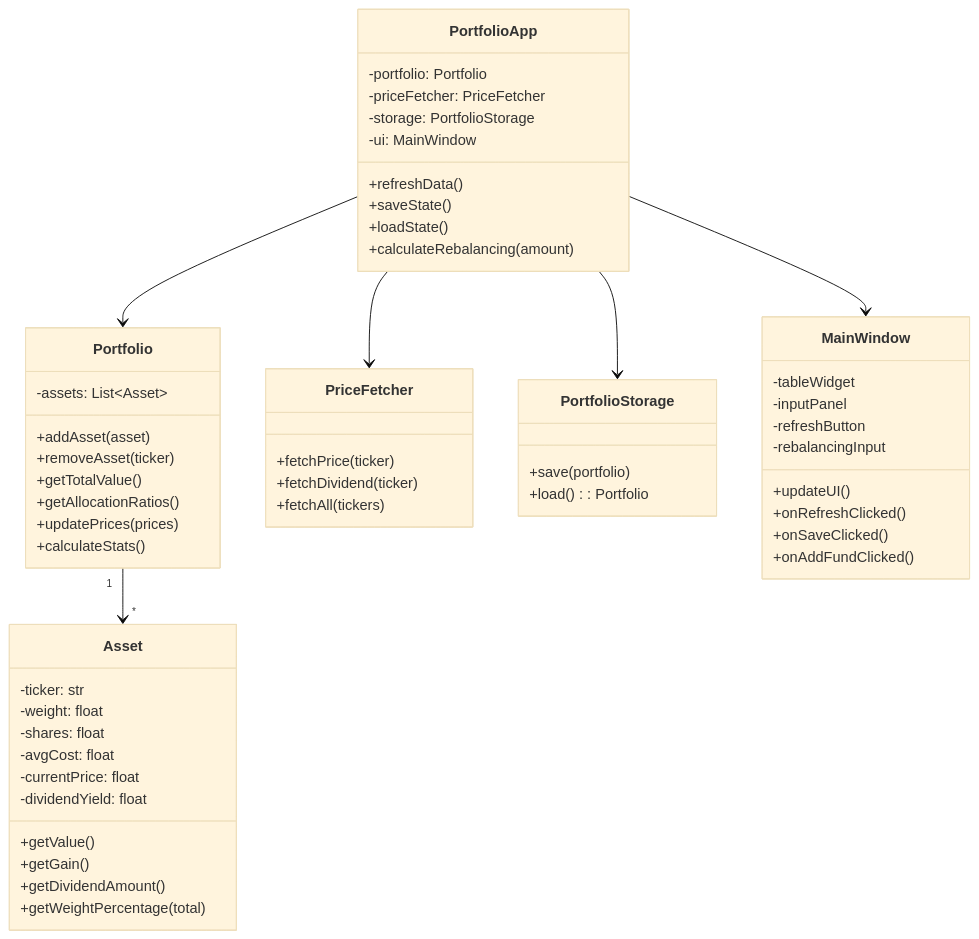
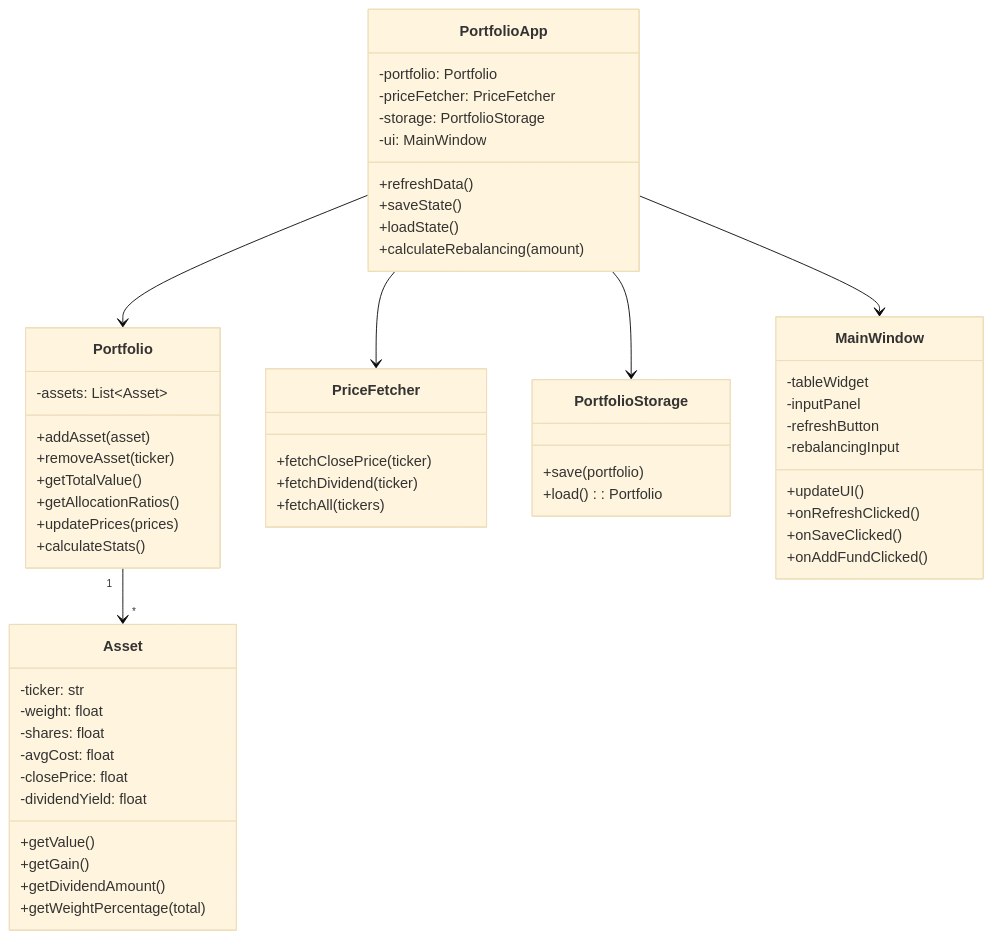
One commit to StreoCalibration/DivFlow_1 changed the diagram in doc/architecture/diagrams/class_diagram.md. Above: the diagram before and after it, drawn with Mermaid (base theme). The commit also changed 9 other files, not shown here.

Commit message:
Use previous close price for valuation

````diff
--- a/doc/architecture/diagrams/class_diagram.md
+++ b/doc/architecture/diagrams/class_diagram.md
@@ -2,58 +2,58 @@
 ```mermaid
 classDiagram
     class PortfolioApp {
         -portfolio: Portfolio
         -priceFetcher: PriceFetcher
         -storage: PortfolioStorage
         -ui: MainWindow
         +refreshData()
         +saveState()
         +loadState()
         +calculateRebalancing(amount)
     }
     class Portfolio {
         -assets: List~Asset~
         +addAsset(asset)
         +removeAsset(ticker)
         +getTotalValue()
         +getAllocationRatios()
         +updatePrices(prices)
         +calculateStats()
     }
     class Asset {
         -ticker: str
         -weight: float
         -shares: float
         -avgCost: float
-        -currentPrice: float
+        -closePrice: float
         -dividendYield: float
         +getValue()
         +getGain()
         +getDividendAmount()
         +getWeightPercentage(total)
     }
     class PriceFetcher {
-        +fetchPrice(ticker)
+        +fetchClosePrice(ticker)
         +fetchDividend(ticker)
         +fetchAll(tickers)
     }
     class PortfolioStorage {
         +save(portfolio)
         +load(): Portfolio
     }
     class MainWindow {
         -tableWidget
         -inputPanel
         -refreshButton
         -rebalancingInput
         +updateUI()
         +onRefreshClicked()
         +onSaveClicked()
         +onAddFundClicked()
     }
     PortfolioApp --> Portfolio
     PortfolioApp --> PriceFetcher
     PortfolioApp --> PortfolioStorage
     PortfolioApp --> MainWindow
     Portfolio "1" --> "*" Asset
 ```
````
